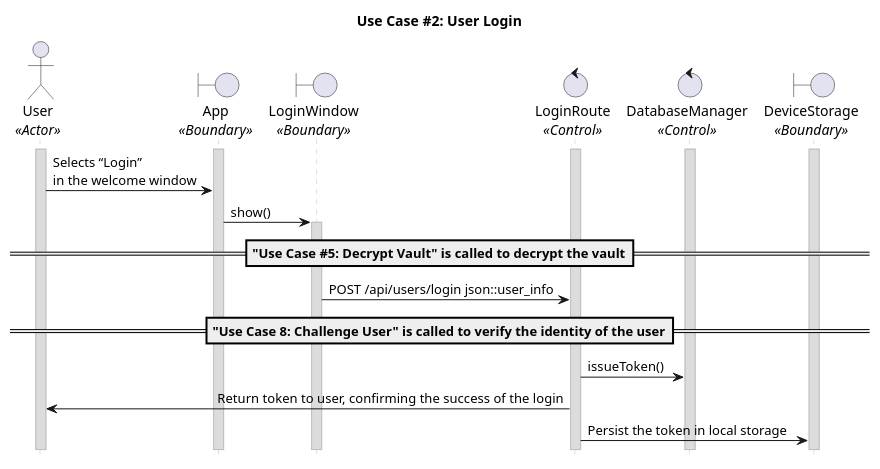
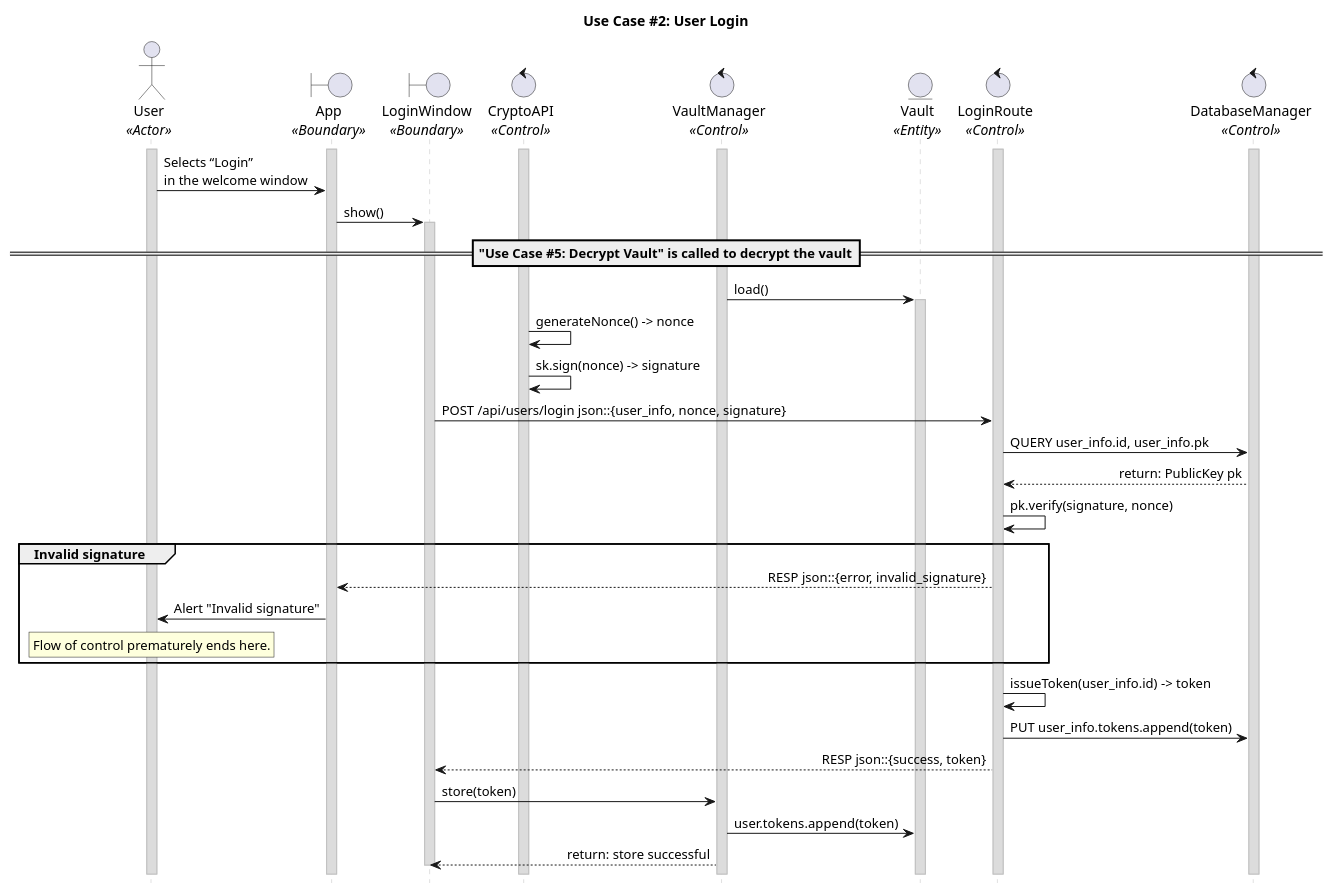
Before and after one commit to CECS-491-SP24-Group-1/seq-diagrams: the diagram in uc_02.puml, drawn with PlantUML. The commit also changed 1 other file, not shown here.

```diff
--- a/uc_02.puml
+++ b/uc_02.puml
@@ -1,49 +1,76 @@
 @startuml uc02
 title "Use Case #2: User Login"
 
 'Styling goes here
 hide footbox
 skinparam stereotypePosition bottom
 skinparam sequenceMessageAlign direction
 skinparam sequence {
     LifeLineBorderColor #Silver
     LifeLineBackgroundColor #Gainsboro
 }
 
 'Setup the objects involved here
 actor User as u <<Actor>>
 boundary App as a <<Boundary>>
 boundary LoginWindow as lw <<Boundary>>
+control CryptoAPI as ca <<Control>>
+control VaultManager as vm <<Control>>
+entity Vault as v <<Entity>>
 control LoginRoute as lr <<Control>>
 control DatabaseManager as db <<Control>>
-boundary DeviceStorage as ds <<Boundary>>
 
 'Setup persistent objects here
 activate u 
 activate a
+activate ca
+activate vm
 activate lr
 activate db
-activate ds
 
 '--- FLOW OF CONTROL STARTS HERE ---
 'User selects “Login” on the front page.
 u -> a: Selects “Login” \nin the welcome window
 
-'System shows a form to Login
+'System shows a form to login.
 a -> lw: show()
 activate lw
 
 =="Use Case #5: Decrypt Vault" is called to decrypt the vault==
+vm -> v: load()
+activate v
 
-lw -> lr: POST /api/users/login json::user_info
+'User's device creates a nonce, signs it, and sends it to the server.
+ca -> ca: generateNonce() -> nonce
+ca -> ca: sk.sign(nonce) -> signature
+lw -> lr: POST /api/users/login json::{user_info, nonce, signature}
 
-=="Use Case 8: Challenge User" is called to verify the identity of the user==
+'The server verifies the signature against the known public key.
+lr -> db: QUERY user_info.id, user_info.pk
+db --> lr: return: PublicKey pk
+lr -> lr: pk.verify(signature, nonce)
 
-'Server issues a token and returns to user for confirmation
-lr -> db: issueToken()
-lr -> u: Return token to user, confirming the success of the login
-lr -> ds: Persist the token in local storage
+'Case 1: The signature is invalid.
+group Invalid signature
+	lr --> a: RESP json::{error, invalid_signature}
+	a -> u: Alert "Invalid signature"
+	rnote over u
+	Flow of control prematurely ends here.
+	endrnote
+end
 
+'Server issues a token for the user, establishing the existence of the login session.
+lr -> lr: issueToken(user_info.id) -> token
+lr -> db: PUT user_info.tokens.append(token)
+
+'Server sends the token to the user, confirming the success of the login
+lr --> lw: RESP json::{success, token}
+
+'User persists the token in local storage.
+lw -> vm: store(token)
+vm -> v: user.tokens.append(token)
+vm --> lw: return: store successful
+deactivate lw
 '--- FLOW OF CONTROL ENDS HERE   ---
 
 @enduml
```
